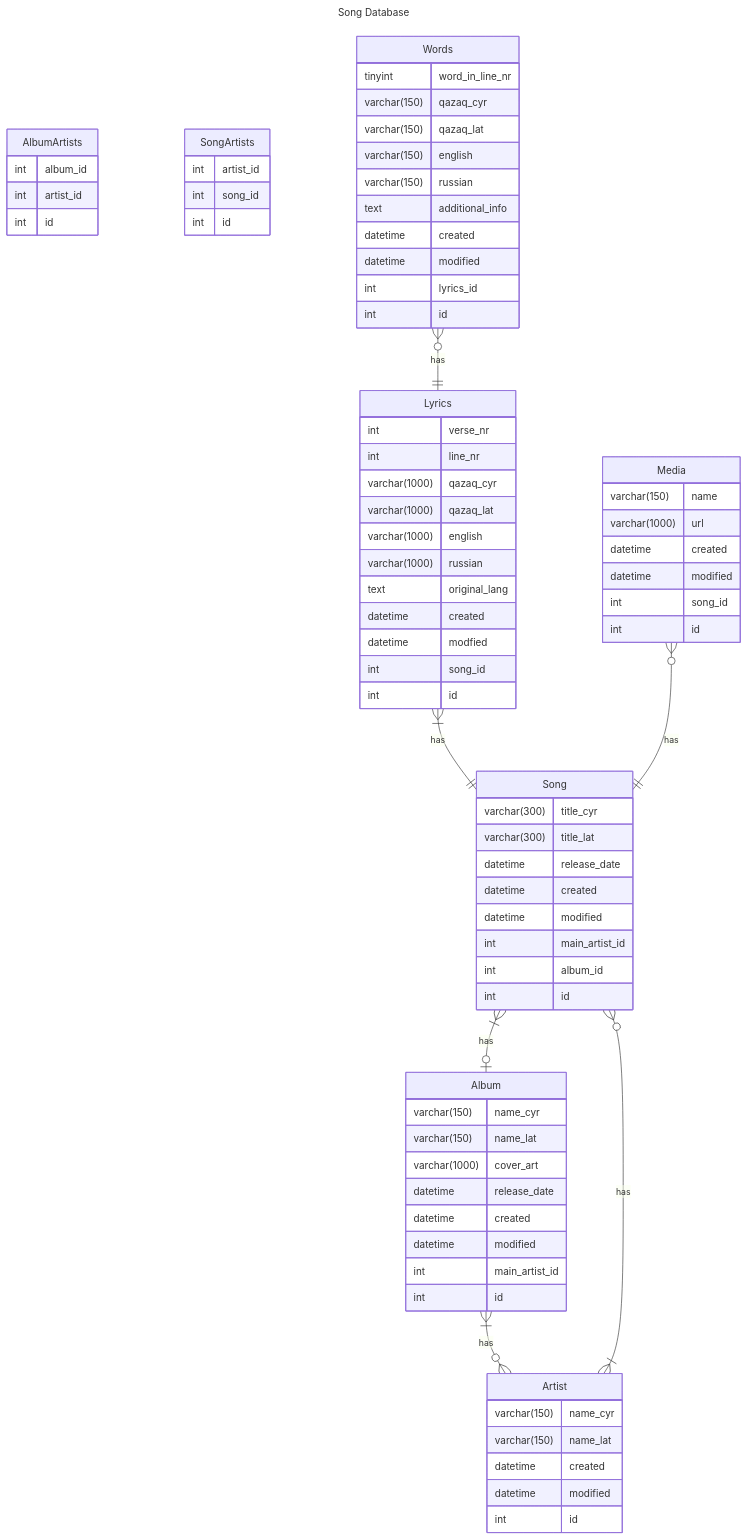
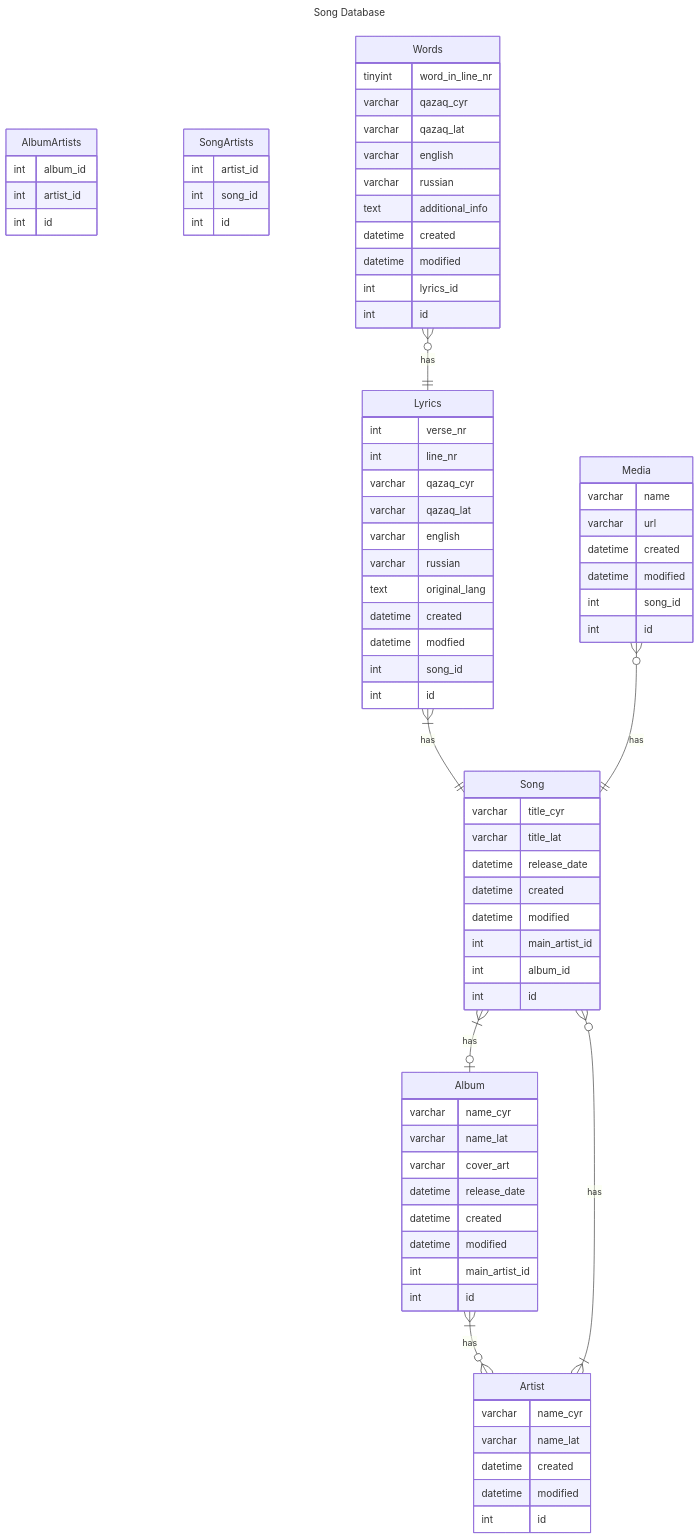
The diagram in README.MD (Qazaq-Genius/Qazaq-Genius-API), drawn with Mermaid before and after one commit.

Commit message:
#2: removed varchar sizes for github compatibility (#7)

```diff
--- a/README.MD
+++ b/README.MD
@@ -6,74 +6,74 @@
 ---
 erDiagram
 Album {
-	varchar(150)    name_cyr        
-	varchar(150)    name_lat        
-	varchar(1000)   cover_art       
-	datetime        release_date    
-	datetime	    created            
-	datetime	    modified           
-	int	            main_artist_id	
-	int	            id              
+	varchar     name_cyr        
+	varchar     name_lat        
+	varchar     cover_art       
+	datetime    release_date    
+	datetime	created            
+	datetime	modified           
+	int	        main_artist_id	
+	int	        id              
 }
 AlbumArtists {
-   int              album_id                    
-   int              artist_id        
-   int              id               
+   int          album_id                    
+   int          artist_id        
+   int          id               
 }
 Artist {
-   varchar(150)     name_cyr         
-   varchar(150)     name_lat         
-   datetime         created          
-   datetime         modified         
-   int              id               
+   varchar      name_cyr         
+   varchar      name_lat         
+   datetime     created          
+   datetime     modified         
+   int          id               
 }
 Lyrics {
-   int			    verse_nr         	
-   int			    line_nr          	
-   varchar(1000)    qazaq_cyr        
-   varchar(1000)    qazaq_lat        
-   varchar(1000)    english            	
-   varchar(1000)    russian          
-   text             original_lang    
-   datetime         created          
-   datetime         modfied          
-   int              song_id          
-   int	            id               	
+   int			verse_nr         	
+   int			line_nr          	
+   varchar      qazaq_cyr        
+   varchar      qazaq_lat        
+   varchar      english            	
+   varchar      russian          
+   text         original_lang    
+   datetime     created          
+   datetime     modfied          
+   int          song_id          
+   int	        id               	
 }
 Media {
-	varchar(150)    name             	
-	varchar(1000)   url               	
-	datetime	    created              	
-	datetime	    modified             	
-	int	            song_id         	
-	int	            id              	
+	varchar     name             	
+	varchar     url               	
+	datetime	created              	
+	datetime	modified             	
+	int	        song_id         	
+	int	        id              	
 }
 Song {
-   varchar(300)     title_cyr      
-   varchar(300)     title_lat      
-   datetime         release_date   
-   datetime	        created        
-   datetime	        modified       
-   int	            main_artist_id 
-   int	            album_id       
-   int	            id             
+   varchar      title_cyr      
+   varchar      title_lat      
+   datetime     release_date   
+   datetime	    created        
+   datetime	    modified       
+   int	        main_artist_id 
+   int	        album_id       
+   int	        id             
 }
 SongArtists {
-   int              artist_id        	         
-   int              song_id          	         
-   int              id               	         
+   int          artist_id        	         
+   int          song_id          	         
+   int          id               	         
 }
 Words {
-   tinyint	        word_in_line_nr    
-   varchar(150)     qazaq_cyr           
-   varchar(150)     qazaq_lat           
-   varchar(150)     english             
-   varchar(150)     russian             
-   text             additional_info     
-   datetime         created             
-   datetime         modified            
-   int              lyrics_id           
-   int              id                  
+   tinyint	    word_in_line_nr    
+   varchar      qazaq_cyr           
+   varchar      qazaq_lat           
+   varchar      english             
+   varchar      russian             
+   text         additional_info     
+   datetime     created             
+   datetime     modified            
+   int          lyrics_id           
+   int          id                  
 }
 
 Album        }|--o{  Artist : has
```
